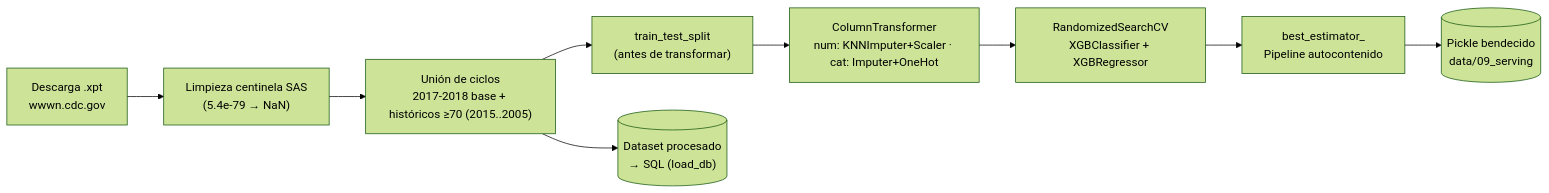
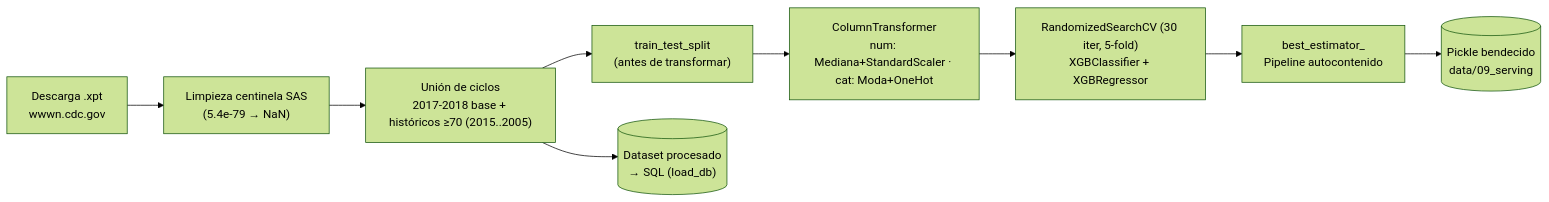
One commit to Unknumb/ev3_nanhes changed the second of 5 diagrams in docs/arquitectura.md. Above: the diagram before and after it, drawn with Mermaid (forest theme). The commit also changed other lines of this file and 2 other files, not shown here.

````diff
--- a/docs/arquitectura.md
+++ b/docs/arquitectura.md
@@ -54,11 +58,11 @@
 ```mermaid
 flowchart LR
     A["Descarga .xpt<br/>wwwn.cdc.gov"] --> B["Limpieza centinela SAS<br/>(5.4e-79 → NaN)"]
     B --> C["Unión de ciclos<br/>2017-2018 base + históricos ≥70 (2015..2005)"]
     C --> D["train_test_split<br/>(antes de transformar)"]
-    D --> E["ColumnTransformer<br/>num: KNNImputer+Scaler · cat: Imputer+OneHot"]
-    E --> F["RandomizedSearchCV<br/>XGBClassifier + XGBRegressor"]
+    D --> E["ColumnTransformer<br/>num: Mediana+StandardScaler · cat: Moda+OneHot"]
+    E --> F["RandomizedSearchCV (30 iter, 5-fold)<br/>XGBClassifier + XGBRegressor"]
     F --> G["best_estimator_<br/>Pipeline autocontenido"]
     G --> H[("Pickle bendecido<br/>data/09_serving")]
     C --> I[("Dataset procesado<br/>→ SQL (load_db)")]
 ```
````
